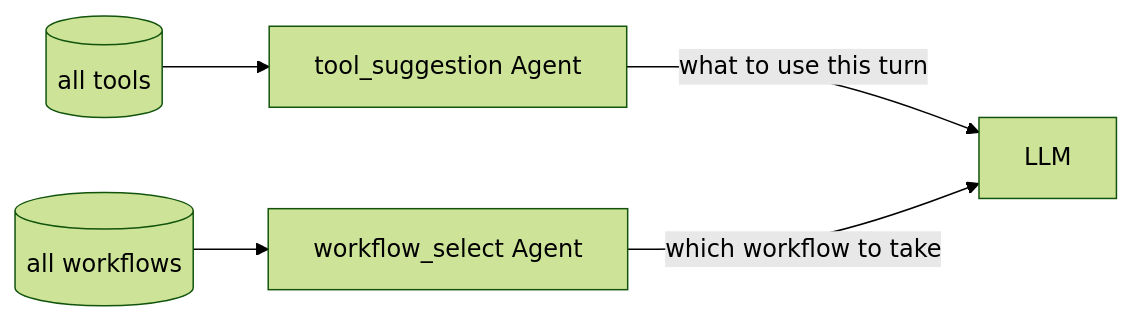
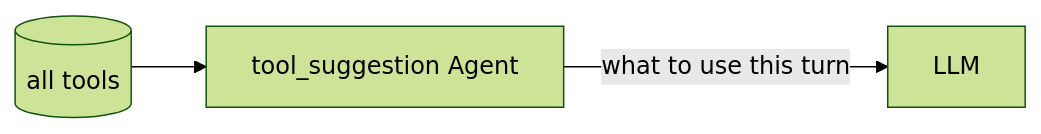
The tenth of 11 diagrams in docs/en/architecture/ARCHITECTURE_SAGENTS_TOOL_SKILL.md (ZHangZHengEric/Sage), drawn with Mermaid (forest theme) before and after one commit. The commit also changed other lines of this file and 141 other files, not shown here.

````diff
--- a/docs/en/architecture/ARCHITECTURE_SAGENTS_TOOL_SKILL.md
+++ b/docs/en/architecture/ARCHITECTURE_SAGENTS_TOOL_SKILL.md
@@ -215,7 +215,5 @@
 ```mermaid
 flowchart LR
     AllTools[(all tools)] --> ToolSug[tool_suggestion Agent]
-    AllWFs[(all workflows)] --> WfSel[workflow_select Agent]
     ToolSug -->|"what to use this turn"| LLM
-    WfSel -->|"which workflow to take"| LLM
 ```
````
